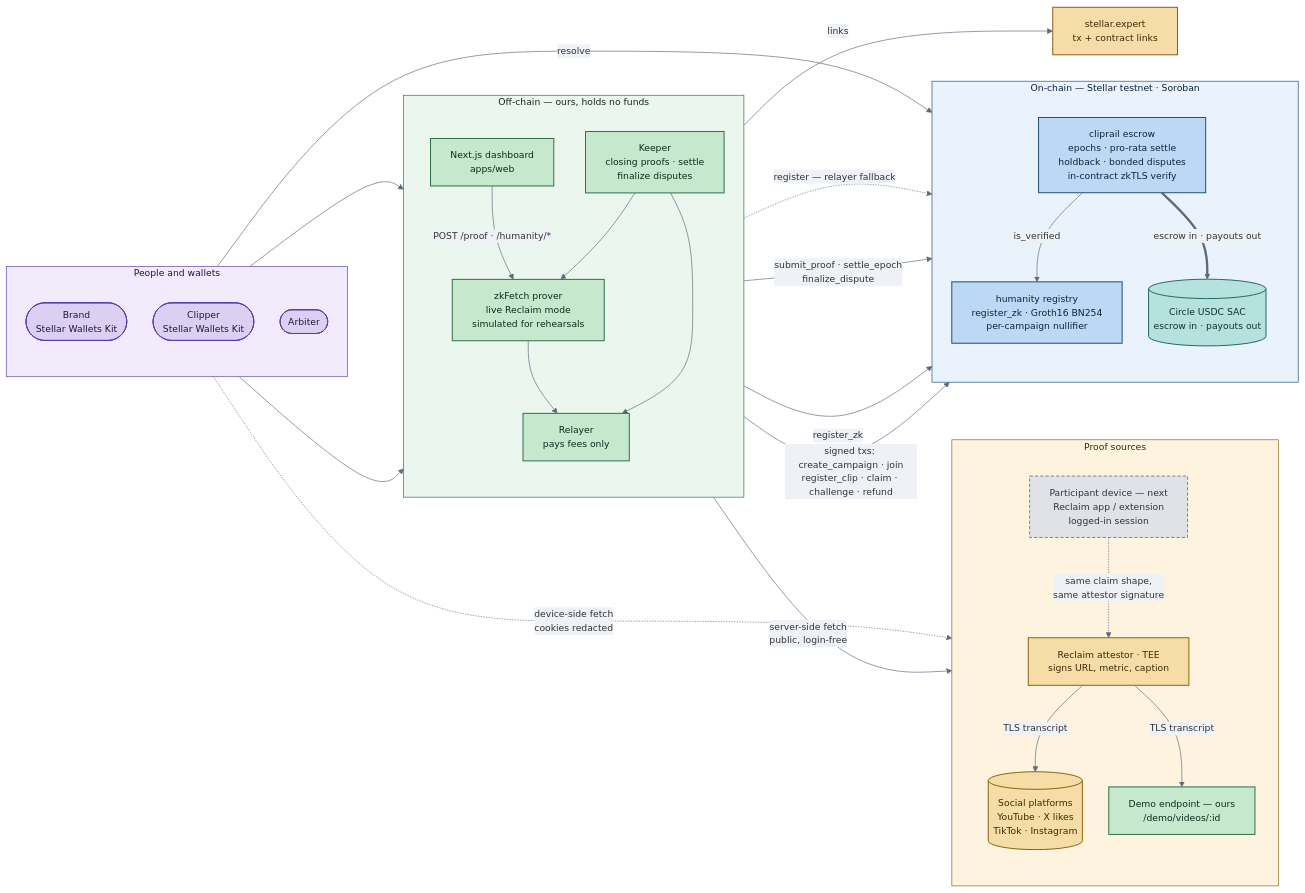
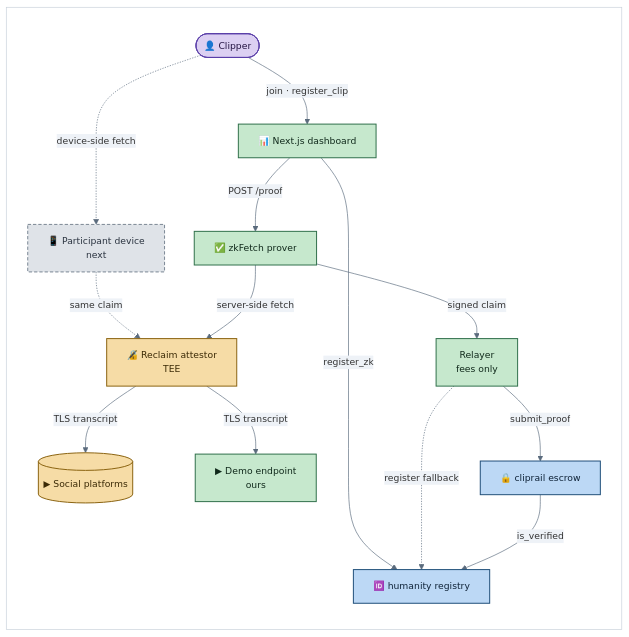
One commit to KayaKerem/cashtag-stellar changed the first of 4 diagrams in README.md. Above: the diagram before and after it, drawn with Mermaid. The commit also changed other lines of this file, not shown here.

Commit message:
brand(readme): Cashtag, no em dashes, diagram panels and icons

````diff
--- a/README.md
+++ b/README.md
@@ -203,77 +205,44 @@
 ```mermaid
-%%{init: {"theme":"base","themeVariables":{"fontFamily":"ui-sans-serif, system-ui, -apple-system, sans-serif","fontSize":"14px","lineColor":"#5b6b7d","textColor":"#16202c","edgeLabelBackground":"#eef2f7","clusterBkg":"#f4f6fa","clusterBorder":"#93a1b3"},"flowchart":{"curve":"basis","nodeSpacing":40,"rankSpacing":85}}}%%
-flowchart LR
-  subgraph WHO["People and wallets"]
-    direction TB
-    Brand(["Brand<br/>Stellar Wallets Kit"])
-    Clipper(["Clipper<br/>Stellar Wallets Kit"])
-    Arbiter(["Arbiter"])
-  end
+%%{init: {"theme":"base","themeVariables":{"background":"#ffffff","fontFamily":"ui-sans-serif, system-ui, -apple-system, sans-serif","fontSize":"14px","lineColor":"#5b6b7d","textColor":"#16202c","edgeLabelBackground":"#eef2f7"},"flowchart":{"curve":"basis","nodeSpacing":45,"rankSpacing":55}}}%%
+flowchart TB
+  subgraph CANVAS[" "]
+  direction TB
+  Clipper(["👤 Clipper"])
+  Web["📊 Next.js dashboard"]
+  ZK["✅ zkFetch prover"]
+  DEV["📱 Participant device<br/>next"]
+  AT["🔏 Reclaim attestor<br/>TEE"]
+  SP[("▶ Social platforms")]
+  DM["▶ Demo endpoint<br/>ours"]
+  RL["Relayer<br/>fees only"]
+  CR["🔒 cliprail escrow"]
+  HU["🆔 humanity registry"]
 
-  subgraph OFF["Off-chain — ours, holds no funds"]
-    direction TB
-    Web["Next.js dashboard<br/>apps/web"]
-    ZK["zkFetch prover<br/>live Reclaim mode<br/>simulated for rehearsals"]
-    KP["Keeper<br/>closing proofs · settle<br/>finalize disputes"]
-    RL["Relayer<br/>pays fees only"]
-  end
-
-  subgraph PRF["Proof sources"]
-    direction TB
-    AT["Reclaim attestor · TEE<br/>signs URL, metric, caption"]
-    SP[("Social platforms<br/>YouTube · X likes<br/>TikTok · Instagram")]
-    DM["Demo endpoint — ours<br/>/demo/videos/:id"]
-    DEV["Participant device — next<br/>Reclaim app / extension<br/>logged-in session"]
-  end
-
-  subgraph CHAIN["On-chain — Stellar testnet · Soroban"]
-    direction TB
-    CR["cliprail escrow<br/>epochs · pro-rata settle<br/>holdback · bonded disputes<br/>in-contract zkTLS verify"]
-    HU["humanity registry<br/>register_zk · Groth16 BN254<br/>per-campaign nullifier"]
-    USDC[("Circle USDC SAC<br/>escrow in · payouts out")]
-  end
-
-  SE["stellar.expert<br/>tx + contract links"]
-
-  Brand --> Web
-  Clipper --> Web
-  Web -- "signed txs: create_campaign · join<br/>register_clip · claim · challenge · refund" --> CR
-  Web -- "register_zk" --> HU
-  Web -- "POST /proof · /humanity/*" --> ZK
-  Web -- "links" --> SE
-  Arbiter -- "resolve" --> CR
-
-  KP --> ZK
-  KP --> RL
-  ZK --> RL
-  RL -- "submit_proof · settle_epoch<br/>finalize_dispute" --> CR
-  RL -. "register — relayer fallback" .-> HU
-
-  ZK -- "server-side fetch<br/>public, login-free" --> AT
-  Clipper -. "device-side fetch<br/>cookies redacted" .-> DEV
-  DEV -. "same claim shape,<br/>same attestor signature" .-> AT
+  Clipper -- "join · register_clip" --> Web
+  Web -- "POST /proof" --> ZK
+  Clipper -. "device-side fetch" .-> DEV
+  DEV -. "same claim" .-> AT
+  ZK -- "server-side fetch" --> AT
   AT -- "TLS transcript" --> SP
   AT -- "TLS transcript" --> DM
+  ZK -- "signed claim" --> RL
+  RL -- "submit_proof" --> CR
+  Web -- "register_zk" --> HU
+  RL -. "register fallback" .-> HU
+  CR -- "is_verified" --> HU
 
-  CR -- "is_verified" --> HU
-  CR == "escrow in · payouts out" ==> USDC
+  end
 
   classDef chain fill:#bcd8f5,stroke:#1f4e79,stroke-width:1.5px,color:#0f2338
   classDef ours fill:#c6e8cd,stroke:#2f6f4a,stroke-width:1.5px,color:#10291b
   classDef ext fill:#f6dca6,stroke:#8a6310,stroke-width:1.5px,color:#3b2a06
   classDef who fill:#dcd0f2,stroke:#5b3fa8,stroke-width:1.5px,color:#241442
-  classDef money fill:#b6e2dd,stroke:#22696b,stroke-width:1.5px,color:#0f302f
   classDef next fill:#dfe3e8,stroke:#7b8794,stroke-width:1.5px,stroke-dasharray:5 3,color:#2b3440
 
   class CR,HU chain
-  class Web,ZK,KP,RL,DM ours
-  class AT,SP,SE ext
-  class Brand,Clipper,Arbiter who
-  class USDC money
+  class Web,ZK,RL,DM ours
+  class AT,SP ext
+  class Clipper who
   class DEV next
-
-  style CHAIN fill:#eaf2fc,stroke:#1f4e79,color:#0f2338
-  style OFF fill:#eaf6ee,stroke:#2f6f4a,color:#10291b
-  style PRF fill:#fdf3de,stroke:#8a6310,color:#3b2a06
-  style WHO fill:#f1ebfb,stroke:#5b3fa8,color:#241442
+  style CANVAS fill:#ffffff,stroke:#c7d0da,stroke-width:1px,color:#16202c
 ```
````
